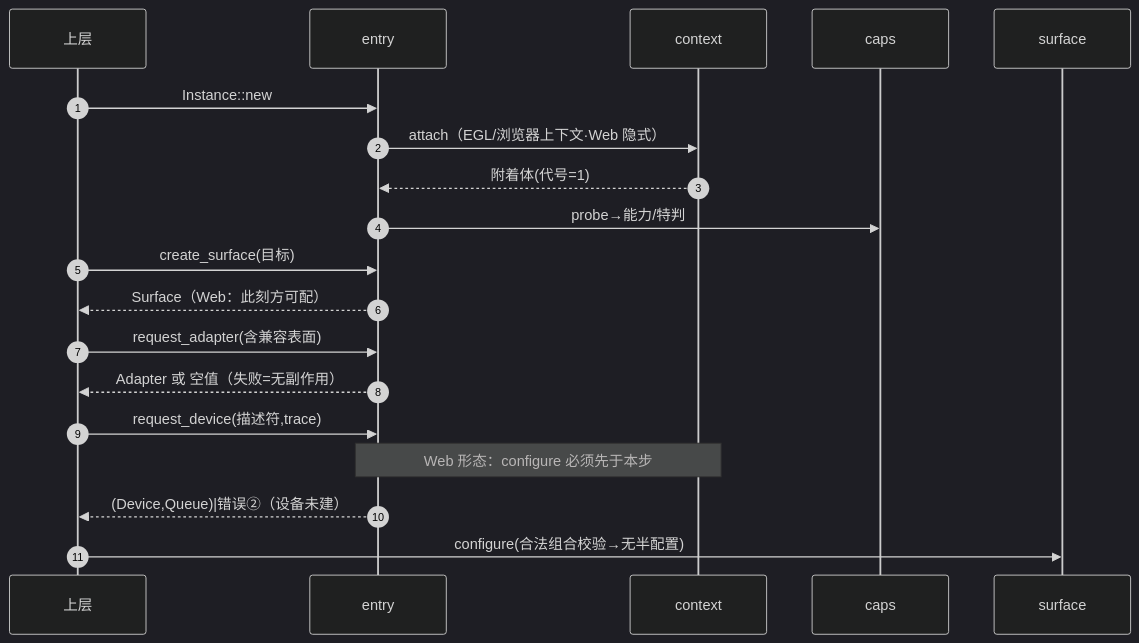
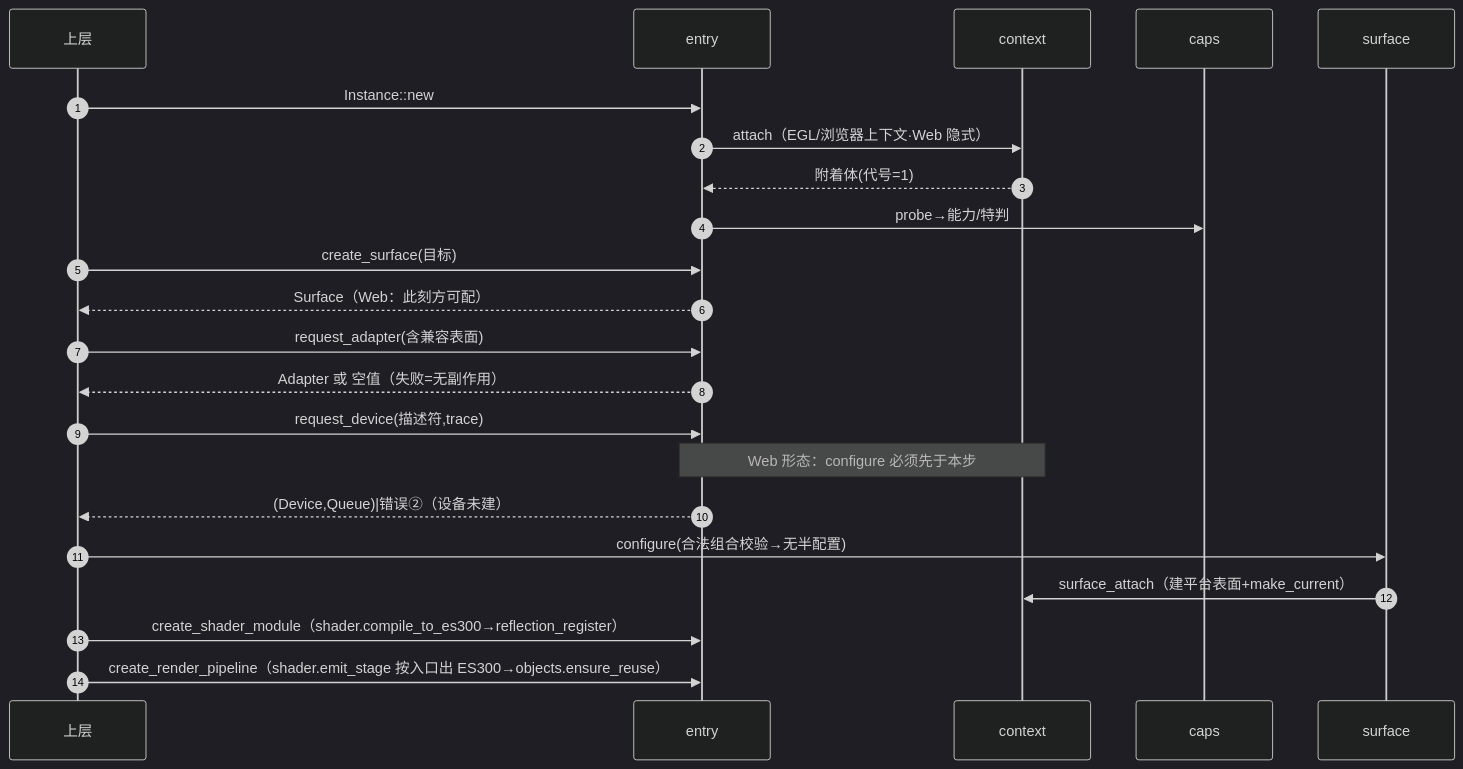
One commit to GaiaWorld/pi_wgpu changed the first of 2 diagrams in design/pi-wgpu-rebuild/07-design/call-chain.md. Above: the diagram before and after it, drawn with Mermaid (dark theme). The commit also changed other lines of this file and 12 other files, not shown here.

````diff
--- a/design/pi-wgpu-rebuild/07-design/call-chain.md
+++ b/design/pi-wgpu-rebuild/07-design/call-chain.md
@@ -25,21 +25,24 @@
 ```mermaid
 sequenceDiagram
     autonumber
     participant U as 上层
     participant E as entry
     participant C as context
     participant P as caps
     participant S as surface
     U->>E: Instance::new
     E->>C: attach（EGL/浏览器上下文·Web 隐式）
     C-->>E: 附着体(代号=1)
     E->>P: probe→能力/特判
     U->>E: create_surface(目标)
     E-->>U: Surface（Web：此刻方可配）
     U->>E: request_adapter(含兼容表面)
     E-->>U: Adapter 或 空值（失败=无副作用）
     U->>E: request_device(描述符,trace)
     Note over E,C: Web 形态：configure 必须先于本步
     E-->>U: (Device,Queue)|错误②（设备未建）
     U->>S: configure(合法组合校验→无半配置)
+    S->>C: surface_attach（建平台表面+make_current）
+    U->>E: create_shader_module（shader.compile_to_es300→reflection_register）
+    U->>E: create_render_pipeline（shader.emit_stage 按入口出 ES300→objects.ensure_reuse）
 ```
````
